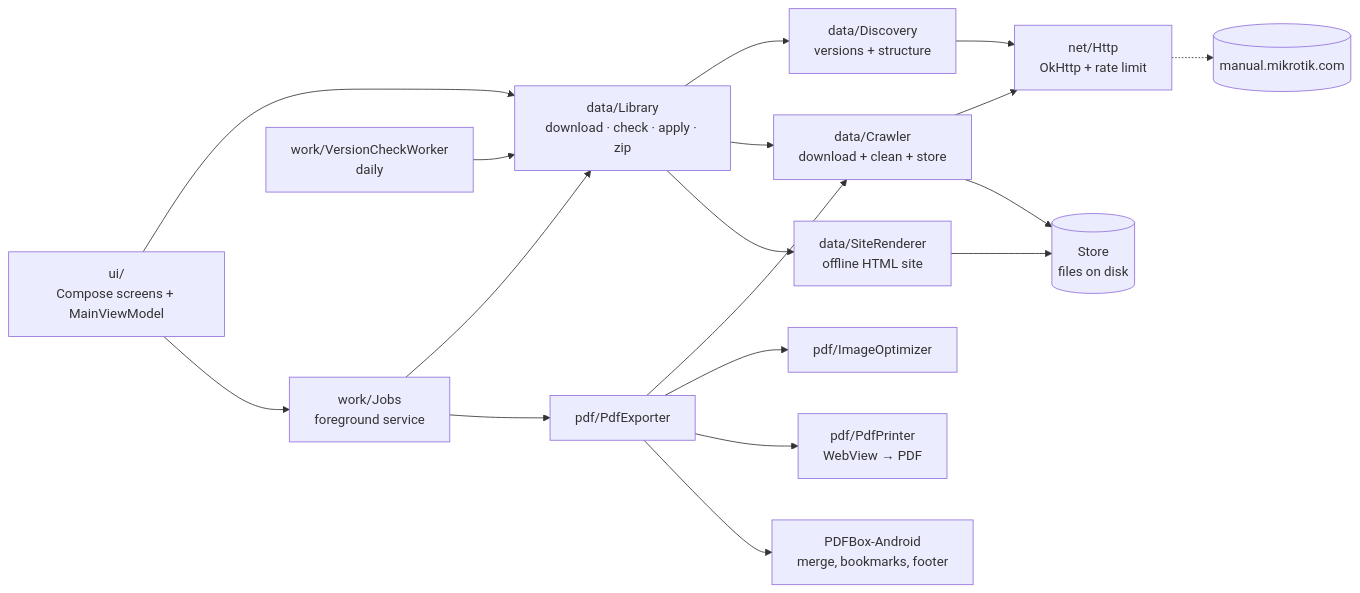
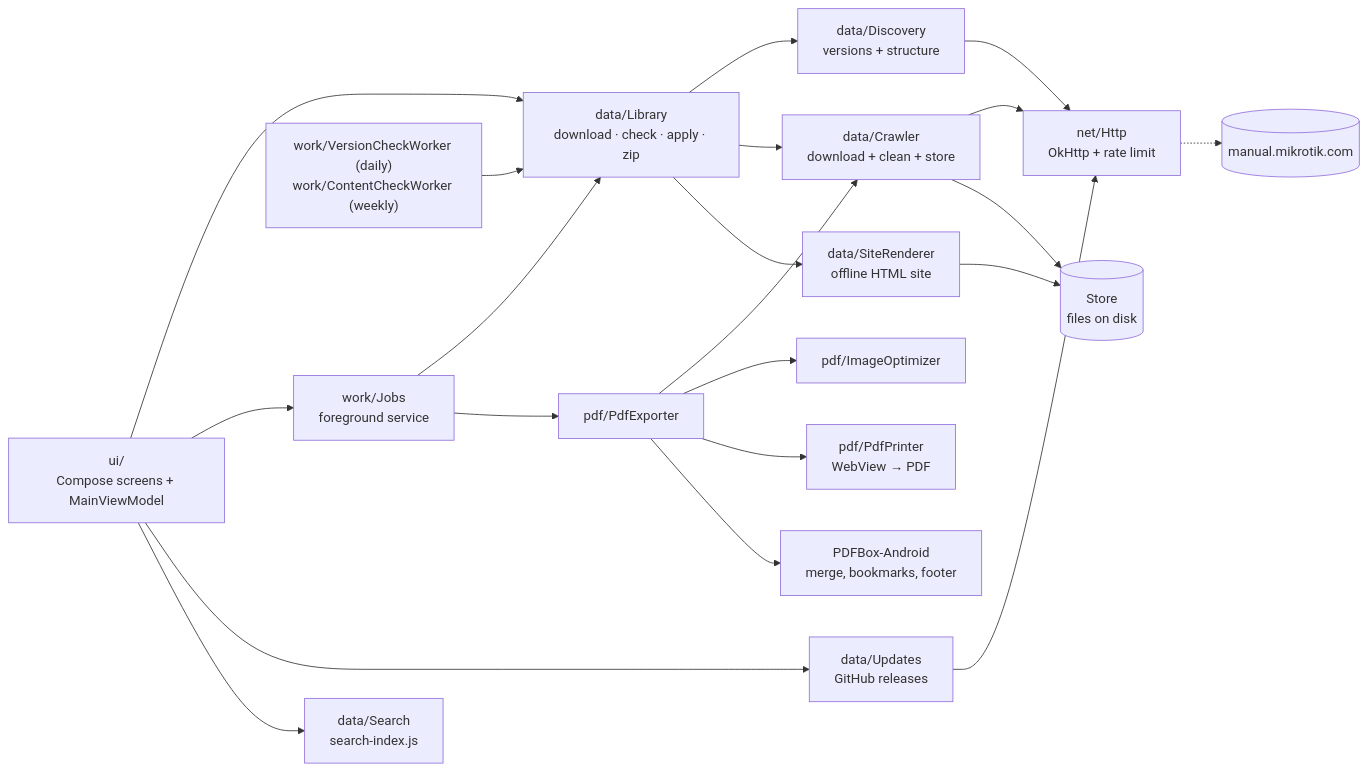
The diagram in README.md (tolgalen/mktdoc), drawn with Mermaid before and after one commit. The commit also changed other lines of this file and 19 other files, not shown here.

````diff
--- a/README.md
+++ b/README.md
@@ -170,20 +189,23 @@
 ```mermaid
 flowchart LR
     UI["ui/<br/>Compose screens + MainViewModel"] --> LIB
     UI --> JOBS["work/Jobs<br/>foreground service"]
     JOBS --> LIB["data/Library<br/>download · check · apply · zip"]
     JOBS --> PDF["pdf/PdfExporter"]
     LIB --> DISC["data/Discovery<br/>versions + structure"]
     LIB --> CRAWL["data/Crawler<br/>download + clean + store"]
     LIB --> SITE["data/SiteRenderer<br/>offline HTML site"]
     PDF --> CRAWL
     PDF --> IMG["pdf/ImageOptimizer"]
     PDF --> PRINT["pdf/PdfPrinter<br/>WebView → PDF"]
     PDF --> MERGE["PDFBox-Android<br/>merge, bookmarks, footer"]
     DISC --> HTTP["net/Http<br/>OkHttp + rate limit"]
     CRAWL --> HTTP
     HTTP -.-> WEB[("manual.mikrotik.com")]
     CRAWL --> STORE[("Store<br/>files on disk")]
     SITE --> STORE
-    WORK["work/VersionCheckWorker<br/>daily"] --> LIB
+    WORK["work/VersionCheckWorker (daily)<br/>work/ContentCheckWorker (weekly)"] --> LIB
+    UI --> UPD["data/Updates<br/>GitHub releases"]
+    UPD --> HTTP
+    UI --> SEARCH["data/Search<br/>search-index.js"]
 ```
````
